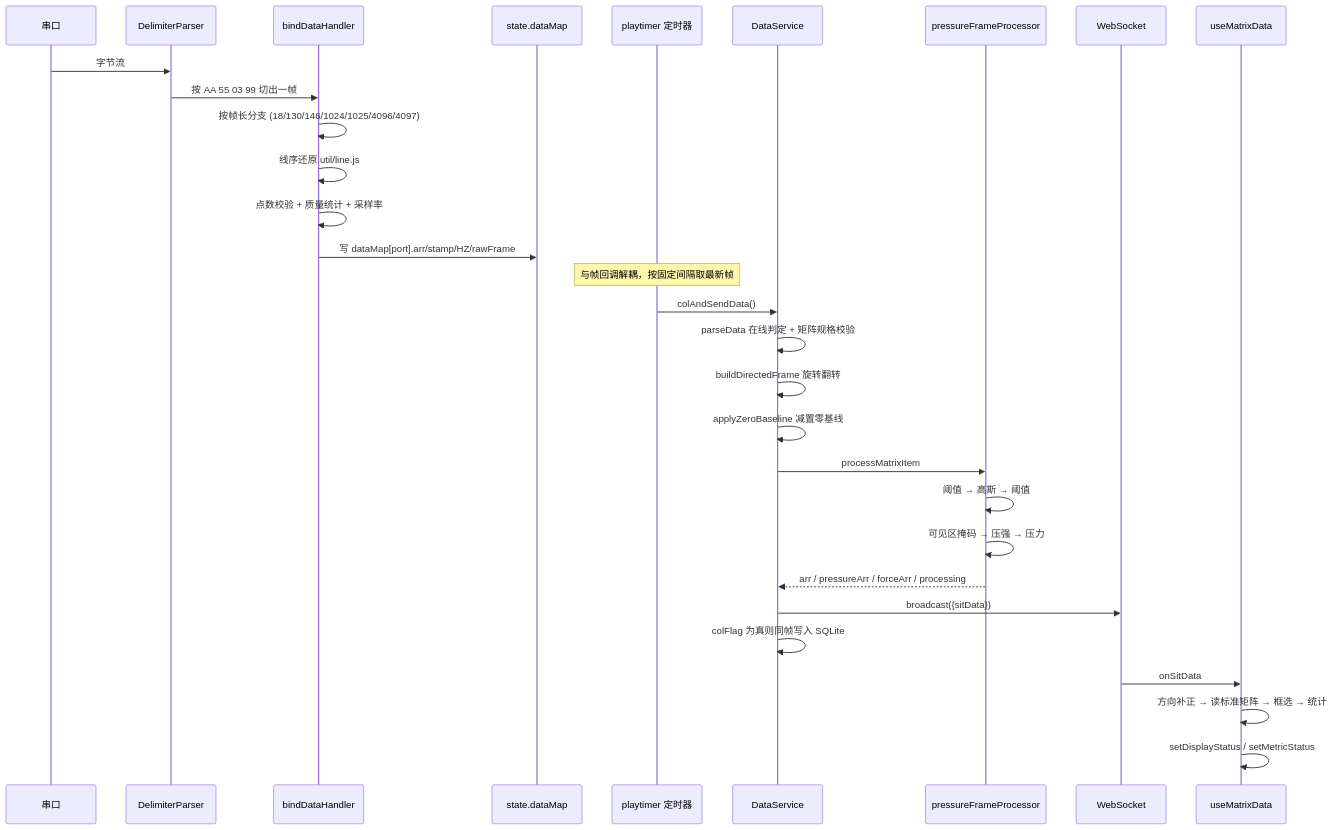
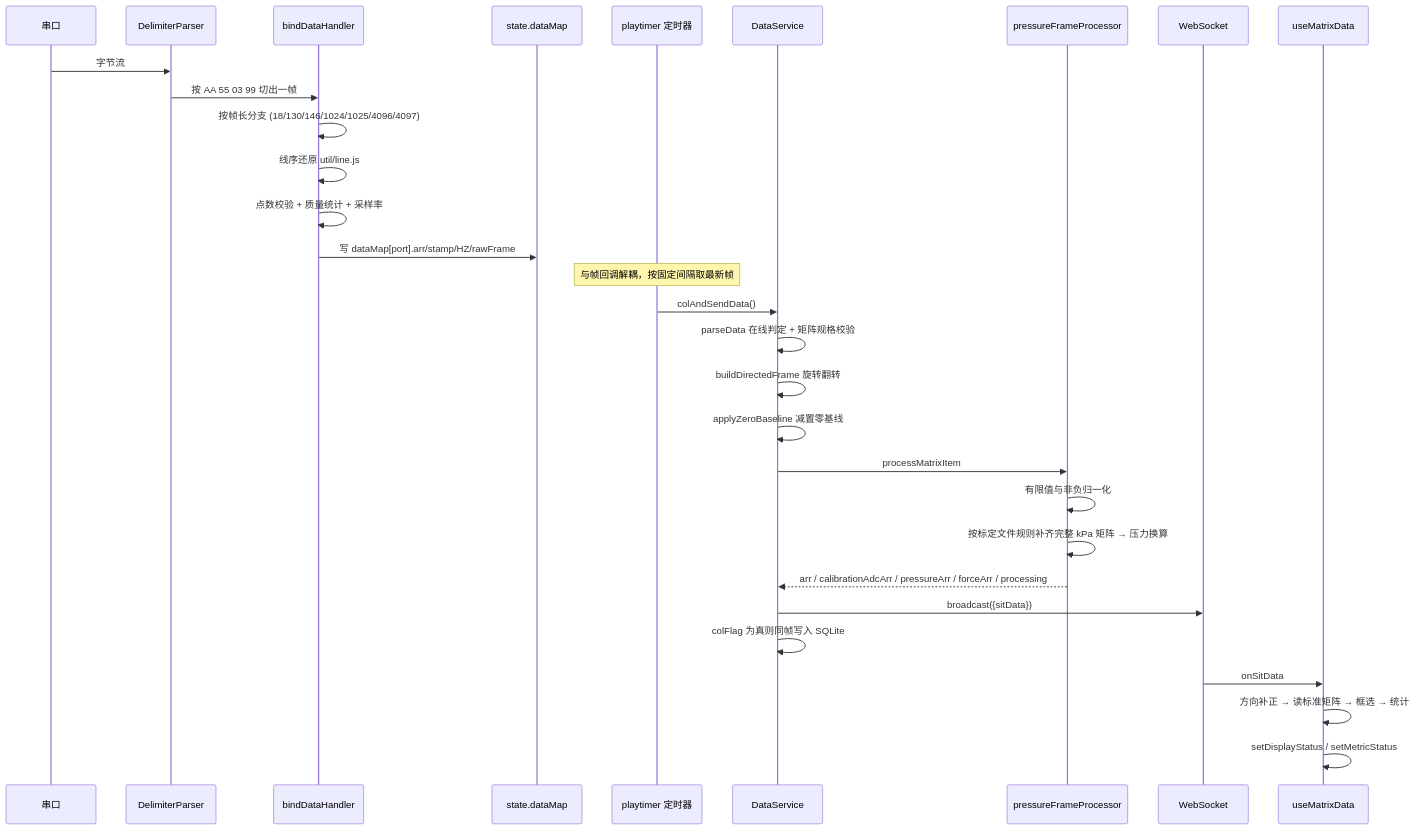
Before and after one commit to liudada118/shroom: the third of 4 diagrams in PRD/压力数据业务流程文档-实现细节版.md, drawn with Mermaid. The commit also changed other lines of this file and 40 other files, not shown here.

````diff
--- a/PRD/压力数据业务流程文档-实现细节版.md
+++ b/PRD/压力数据业务流程文档-实现细节版.md
@@ -138,33 +138,33 @@
 ```mermaid
 sequenceDiagram
     participant P as 串口
     participant PR as DelimiterParser
     participant H as bindDataHandler
     participant DM as state.dataMap
     participant TM as playtimer 定时器
     participant DS as DataService
     participant FP as pressureFrameProcessor
     participant WS as WebSocket
     participant UM as useMatrixData
 
     P->>PR: 字节流
     PR->>H: 按 AA 55 03 99 切出一帧
     H->>H: 按帧长分支 (18/130/146/1024/1025/4096/4097)
     H->>H: 线序还原 util/line.js
     H->>H: 点数校验 + 质量统计 + 采样率
     H->>DM: 写 dataMap[port].arr/stamp/HZ/rawFrame
     Note over TM: 与帧回调解耦，按固定间隔取最新帧
     TM->>DS: colAndSendData()
     DS->>DS: parseData 在线判定 + 矩阵规格校验
     DS->>DS: buildDirectedFrame 旋转翻转
     DS->>DS: applyZeroBaseline 减置零基线
     DS->>FP: processMatrixItem
-    FP->>FP: 阈值 → 高斯 → 阈值
-    FP->>FP: 可见区掩码 → 压强 → 压力
-    FP-->>DS: arr / pressureArr / forceArr / processing
+    FP->>FP: 有限值与非负归一化
+    FP->>FP: 按标定文件规则补齐完整 kPa 矩阵 → 压力换算
+    FP-->>DS: arr / calibrationAdcArr / pressureArr / forceArr / processing
     DS->>WS: broadcast({sitData})
     DS->>DS: colFlag 为真则同帧写入 SQLite
     WS->>UM: onSitData
     UM->>UM: 方向补正 → 读标准矩阵 → 框选 → 统计
     UM->>UM: setDisplayStatus / setMetricStatus
 ```
````
